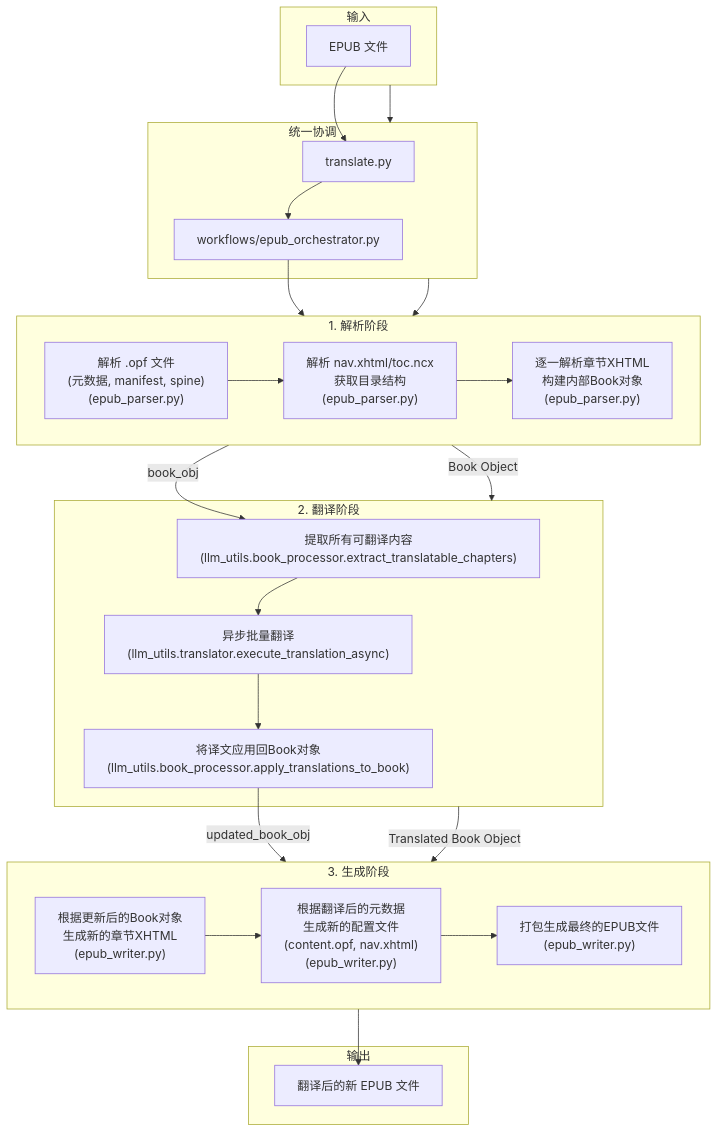
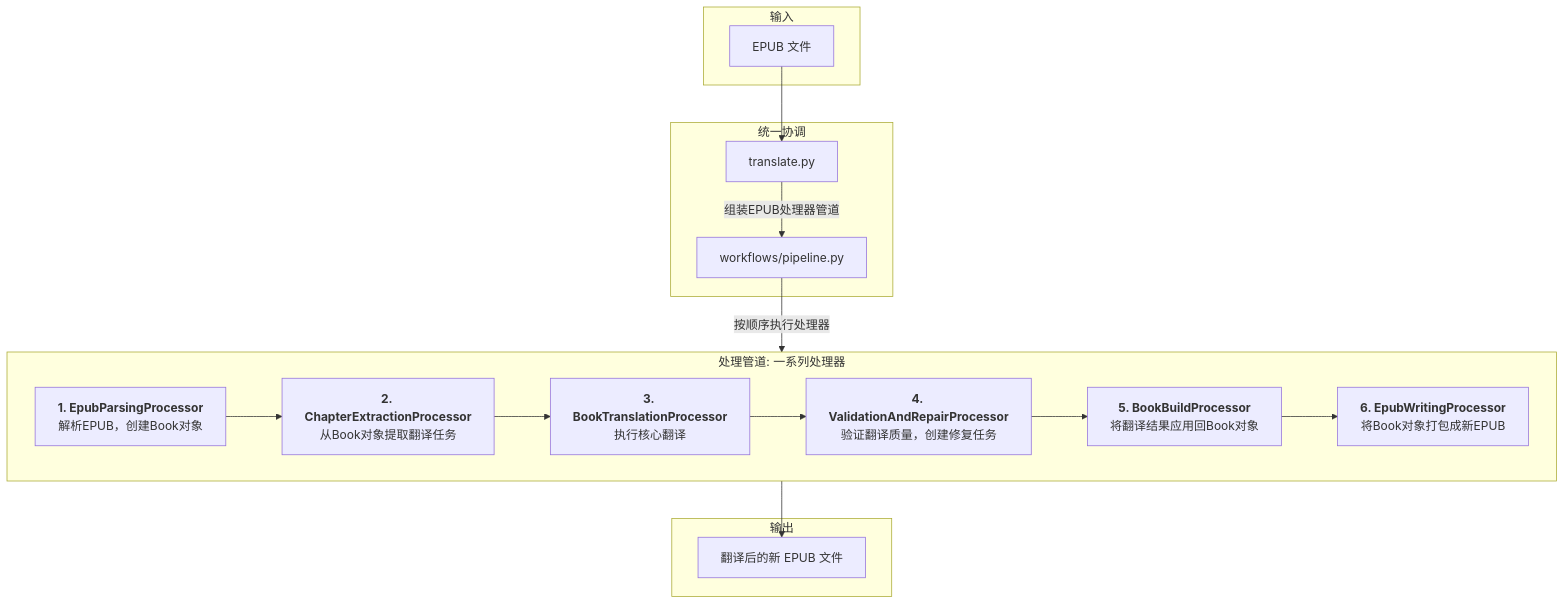
One commit to kuniyao/MultiMediaGenAI changed the first of 2 diagrams in README.md. Above: the diagram before and after it, drawn with Mermaid. The commit also changed other lines of this file and 22 other files, not shown here.

First line of the commit message:
本次提交对核心翻译工作流进行了重要的架构重构。旧的、硬编码的编排器模式 (Orchestrator) 已被一个更灵活、更可扩展的“管道-处理器” (Pipeline-Processor) 模式所取代。

````diff
--- a/README.md
+++ b/README.md
@@ -89,42 +85,30 @@
 ```mermaid
 graph TD;
     subgraph Input [输入]
         A[EPUB 文件]
     end
 
     subgraph Orchestration [统一协调]
         O1[translate.py]
-        O2[workflows/epub_orchestrator.py]
+        O2[workflows/pipeline.py]
     end
 
-    subgraph Parsing [1. 解析阶段]
+    subgraph ProcessingPipeline [处理管道: 一系列处理器]
         direction LR
-        B1["解析 .opf 文件<br>(元数据, manifest, spine)<br>(epub_parser.py)"]
-        B2["解析 nav.xhtml/toc.ncx<br>获取目录结构<br>(epub_parser.py)"]
-        B3["逐一解析章节XHTML<br>构建内部Book对象<br>(epub_parser.py)"]
+        P1["<b>1. EpubParsingProcessor</b><br>解析EPUB，创建Book对象"]
+        P2["<b>2. ChapterExtractionProcessor</b><br>从Book对象提取翻译任务"]
+        P3["<b>3. BookTranslationProcessor</b><br>执行核心翻译"]
+        P4["<b>4. ValidationAndRepairProcessor</b><br>验证翻译质量，创建修复任务"]
+        P5["<b>5. BookBuildProcessor</b><br>将翻译结果应用回Book对象"]
+        P6["<b>6. EpubWritingProcessor</b><br>将Book对象打包成新EPUB"]
     end
 
-    subgraph Processing [2. 翻译阶段]
-        C1["提取所有可翻译内容<br>(llm_utils.book_processor.extract_translatable_chapters)"]
-        C2["异步批量翻译<br>(llm_utils.translator.execute_translation_async)"]
-        C3["将译文应用回Book对象<br>(llm_utils.book_processor.apply_translations_to_book)"]
-    end
-
-    subgraph Writing [3. 生成阶段]
-        direction LR
-        D1["根据更新后的Book对象<br>生成新的章节XHTML<br>(epub_writer.py)"]
-        D2["根据翻译后的元数据<br>生成新的配置文件<br>(content.opf, nav.xhtml)<br>(epub_writer.py)"]
-        D3["打包生成最终的EPUB文件<br>(epub_writer.py)"]
-    end
-
-    Input --> Orchestration --> Parsing;
-    A --> O1 --> O2 --> B1 --> B2 --> B3;
-    Parsing -- Book Object --> Processing;
-    B3 -- book_obj --> C1 --> C2 --> C3;
-    Processing -- Translated Book Object --> Writing;
-    C3 -- updated_book_obj --> D1 --> D2 --> D3;
     subgraph Output [输出]
         E[翻译后的新 EPUB 文件]
     end
-    D3 --> E;
+
+    A --> O1;
+    O1 -- "组装EPUB处理器管道" --> O2;
+    O2 -- "按顺序执行处理器" --> P1 --> P2 --> P3 --> P4 --> P5 --> P6;
+    P6 --> E;
 ```
````
